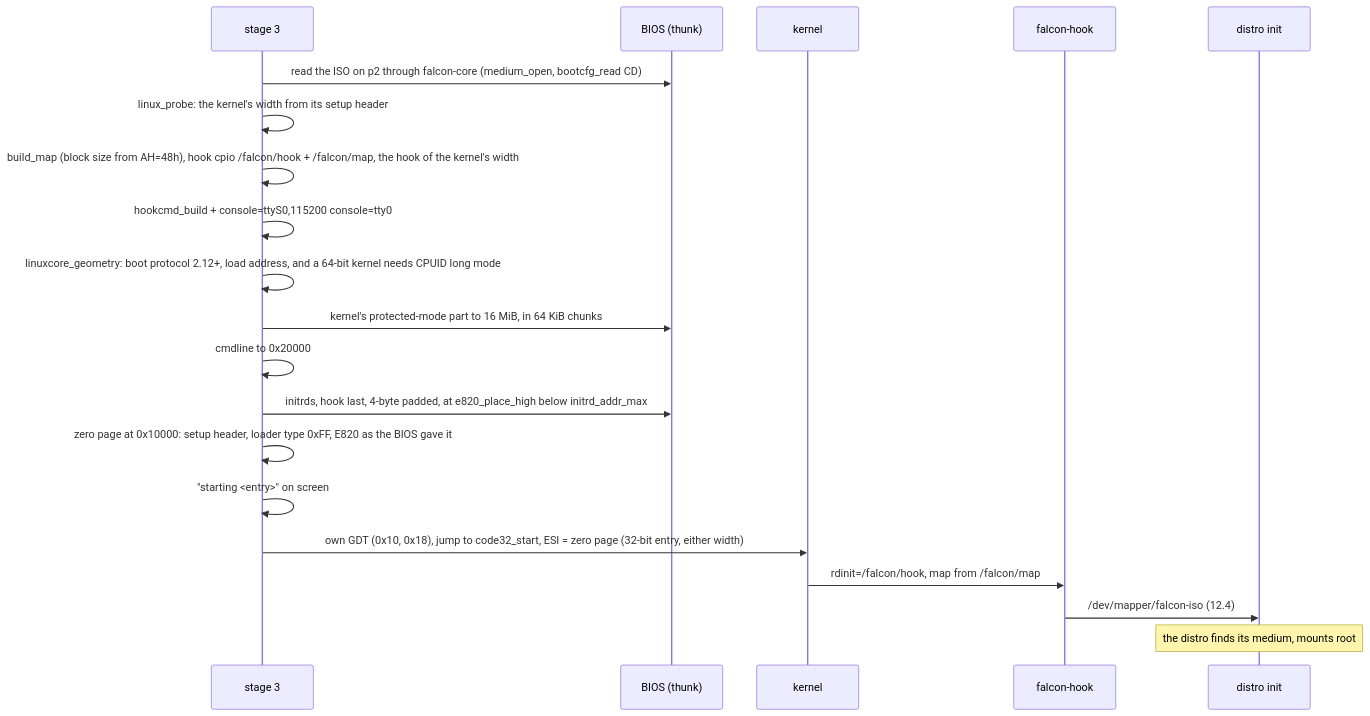
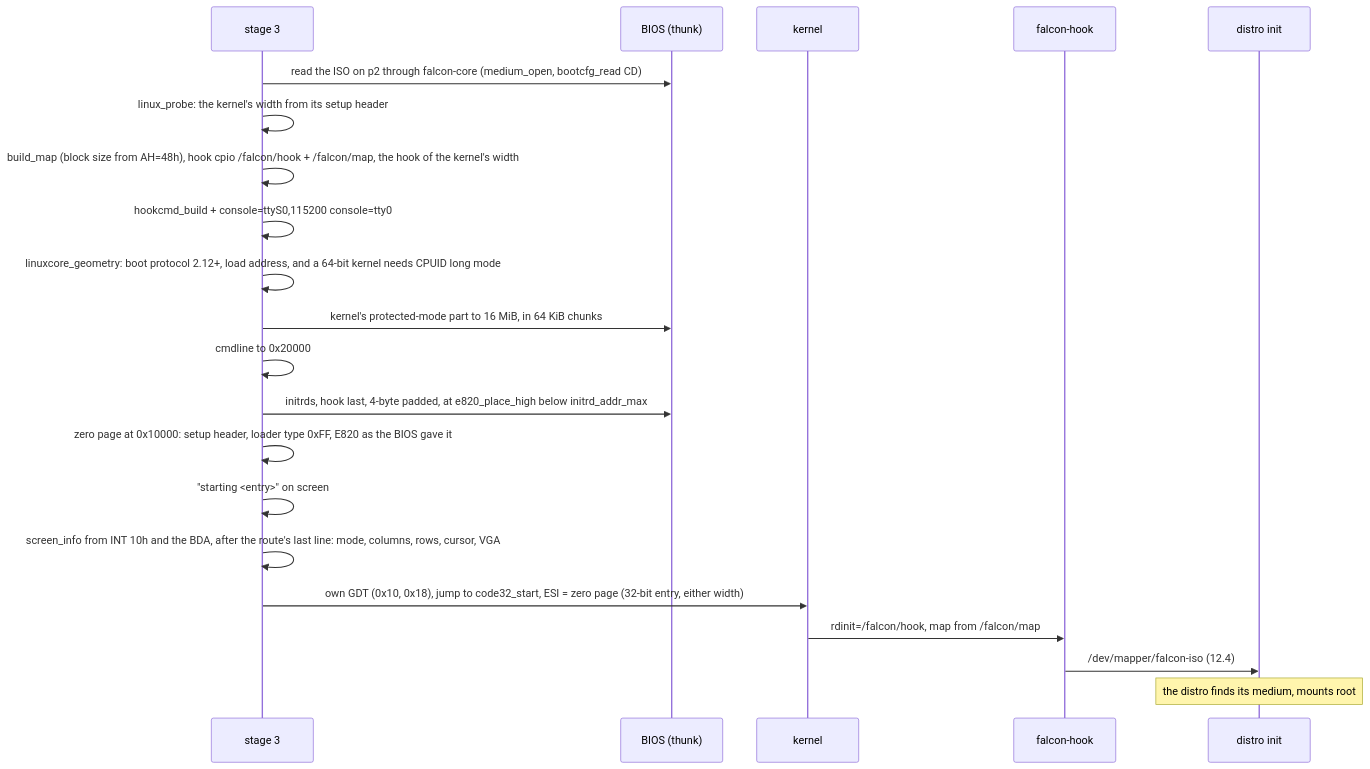
One commit to vifair22/falcon-boot changed diagram 16 of 22 in docs/DESIGN.md. Above: the diagram before and after it, drawn with Mermaid. The commit also changed 1 other file, not shown here.

Commit message:
Describe the text screen to the kernel falcon-bios starts
The 32-bit entry skips the kernel's real-mode setup, which is what fills
screen_info, and linux_boot left the zero page's copy zero. vgacon reads
zero rows and columns as no VGA, so the kernel ran on the dummy console: a
kernel whose initramfs brings no GPU driver showed nothing after the
handover. The 32-bit stick booted to a black screen on two machines.

- fill_screen_info asks INT 10h and the BDA what the kernel's own setup
  asks (cursor, mode, page, columns, rows, character height, EGA/VGA) and
  writes it to the zero page after the route's last line
- DESIGN 12.3.6 draws the step
- Rig: the fixture UKI's /init output now reaches the VGA screen under
  SeaBIOS, where before it reached serial only

````diff
--- a/docs/DESIGN.md
+++ b/docs/DESIGN.md
@@ -3152,22 +3152,23 @@
 ```mermaid
 sequenceDiagram
     participant L as stage 3
     participant B as BIOS (thunk)
     participant K as kernel
     participant H as falcon-hook
     participant D as distro init
     L->>B: read the ISO on p2 through falcon-core (medium_open, bootcfg_read CD)
     L->>L: linux_probe: the kernel's width from its setup header
     L->>L: build_map (block size from AH=48h), hook cpio /falcon/hook + /falcon/map, the hook of the kernel's width
     L->>L: hookcmd_build + console=ttyS0,115200 console=tty0
     L->>L: linuxcore_geometry: boot protocol 2.12+, load address, and a 64-bit kernel needs CPUID long mode
     L->>B: kernel's protected-mode part to 16 MiB, in 64 KiB chunks
     L->>L: cmdline to 0x20000
     L->>B: initrds, hook last, 4-byte padded, at e820_place_high below initrd_addr_max
     L->>L: zero page at 0x10000: setup header, loader type 0xFF, E820 as the BIOS gave it
     L->>L: "starting <entry>" on screen
+    L->>L: screen_info from INT 10h and the BDA, after the route's last line: mode, columns, rows, cursor, VGA
     L->>K: own GDT (0x10, 0x18), jump to code32_start, ESI = zero page (32-bit entry, either width)
     K->>H: rdinit=/falcon/hook, map from /falcon/map
     H->>D: /dev/mapper/falcon-iso (12.4)
     Note over D: the distro finds its medium, mounts root
 ```
````
